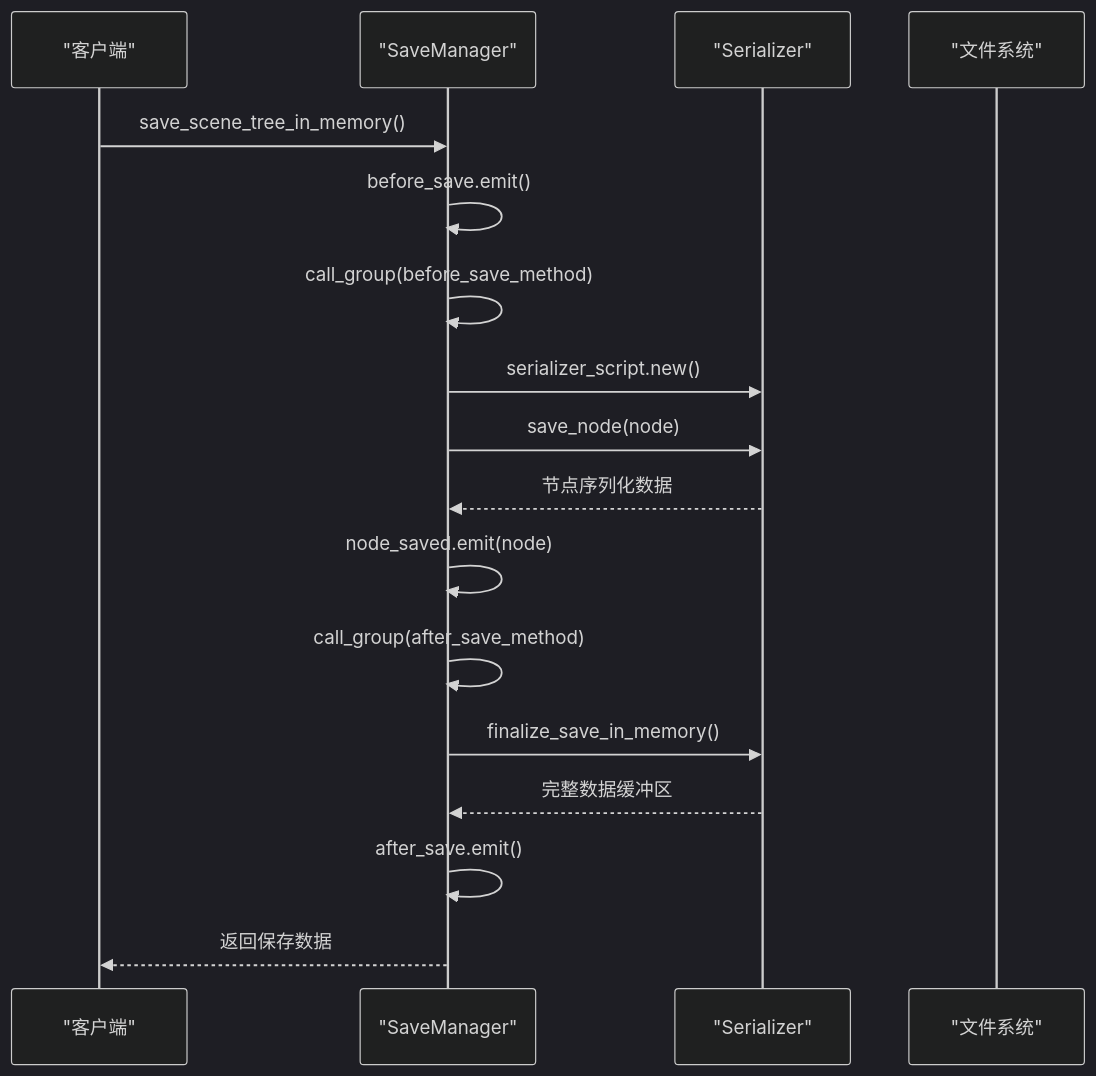
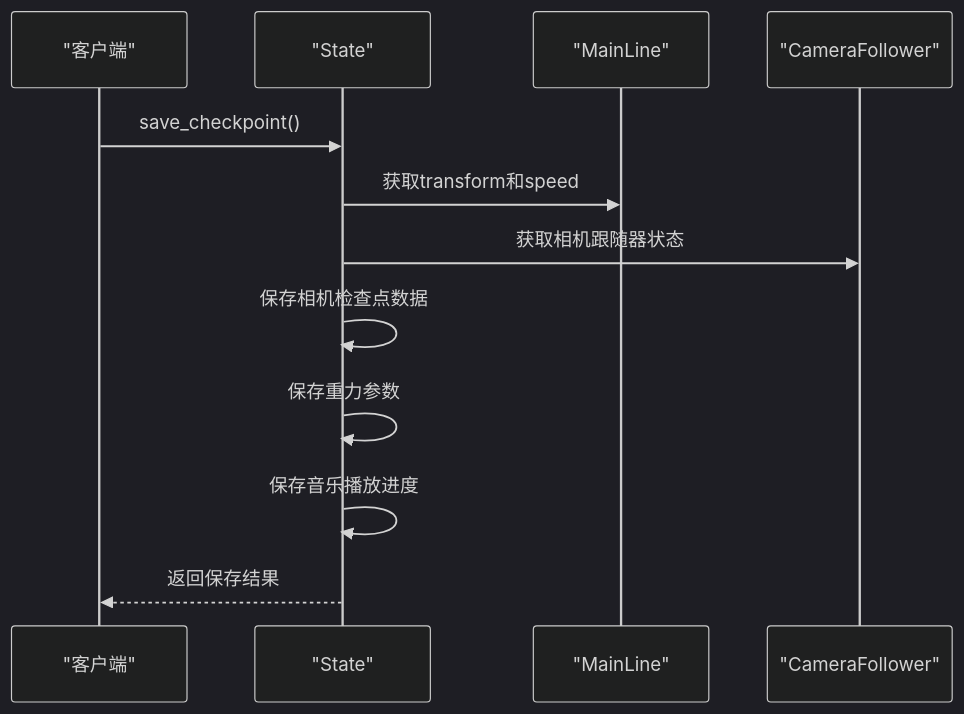
The third of 5 diagrams in .qoder/repowiki/zh/content/游戏系统/触发器系统/检查点系统.md (godotline/godot-line), drawn with Mermaid (dark theme) before and after one commit. The commit also changed other lines of this file and 28 other files, not shown here.

````diff
--- a/.qoder/repowiki/zh/content/游戏系统/触发器系统/检查点系统.md
+++ b/.qoder/repowiki/zh/content/游戏系统/触发器系统/检查点系统.md
@@ -150,19 +186,14 @@
 ```mermaid
 sequenceDiagram
 participant Client as "客户端"
-participant SM as "SaveManager"
-participant Serializer as "Serializer"
-participant FS as "文件系统"
-Client->>SM : save_scene_tree_in_memory()
-SM->>SM : before_save.emit()
-SM->>SM : call_group(before_save_method)
-SM->>Serializer : serializer_script.new()
-SM->>Serializer : save_node(node)
-Serializer-->>SM : 节点序列化数据
-SM->>SM : node_saved.emit(node)
-SM->>SM : call_group(after_save_method)
-SM->>Serializer : finalize_save_in_memory()
-Serializer-->>SM : 完整数据缓冲区
-SM->>SM : after_save.emit()
-SM-->>Client : 返回保存数据
+participant State as "State"
+participant ML as "MainLine"
+participant CF as "CameraFollower"
+Client->>State : save_checkpoint()
+State->>ML : 获取transform和speed
+State->>CF : 获取相机跟随器状态
+State->>State : 保存相机检查点数据
+State->>State : 保存重力参数
+State->>State : 保存音乐播放进度
+State-->>Client : 返回保存结果
 ```
````
